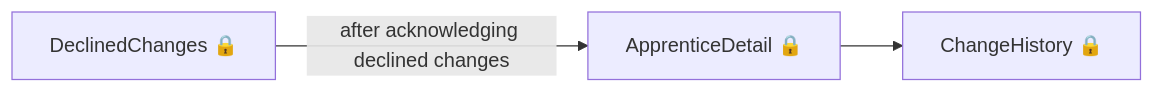
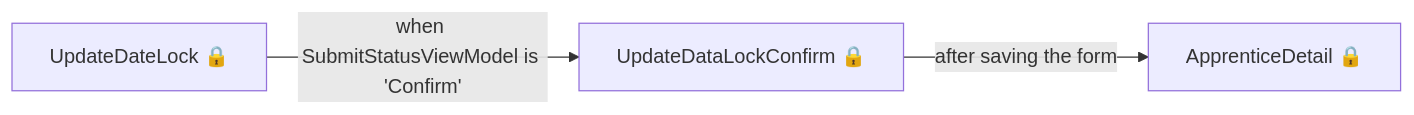
One commit to talentconsulting/atlas-dfe changed the third of 5 diagrams in das-providercommitments/user-journeys/user-journeys.md. Above: the diagram before and after it, drawn with Mermaid. The commit also changed other lines of this file and 22 other files, not shown here.

````diff
--- a/das-providercommitments/user-journeys/user-journeys.md
+++ b/das-providercommitments/user-journeys/user-journeys.md
@@ -87,5 +29,5 @@
 ```mermaid
 flowchart LR
-  p0["DeclinedChanges 🔒"] -->|"after acknowledging declined changes"| p1["ApprenticeDetail 🔒"]
-  p1["ApprenticeDetail 🔒"] --> p2["ChangeHistory 🔒"]
+  p0["UpdateDateLock 🔒"] -->|"when SubmitStatusViewModel is 'Confirm'"| p1["UpdateDataLockConfirm 🔒"]
+  p1["UpdateDataLockConfirm 🔒"] -->|"after saving the form"| p2["ApprenticeDetail 🔒"]
 ```
````
